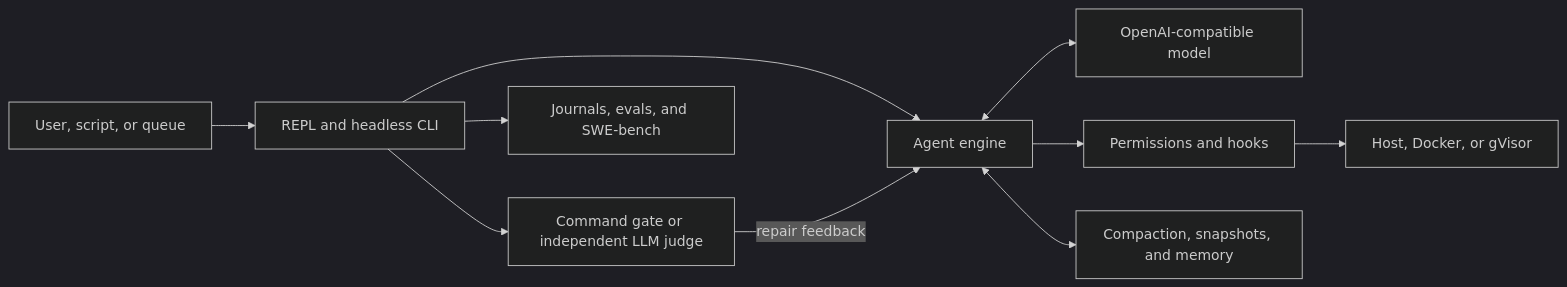
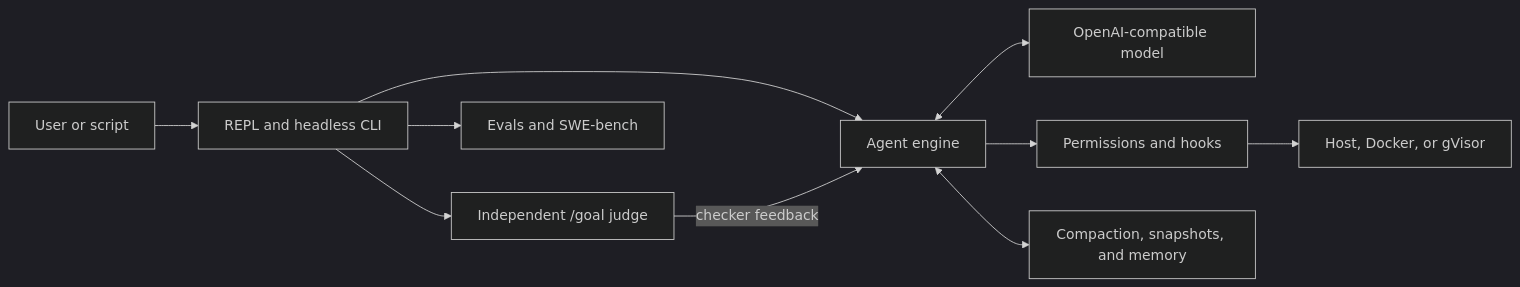
Before and after one commit to maisieyang/build-my-own-harness: the diagram in README.md, drawn with Mermaid (dark theme). The commit also changed other lines of this file and 58 other files, not shown here.

Commit message:
Simplify CLI and consolidate goal control

````diff
--- a/README.md
+++ b/README.md
@@ -64,12 +88,12 @@
 ```mermaid
 flowchart LR
-    U["User, script, or queue"] --> C["REPL and headless CLI"]
+    U["User or script"] --> C["REPL and headless CLI"]
     C --> E["Agent engine"]
     E <--> M["OpenAI-compatible model"]
     E --> P["Permissions and hooks"]
     P --> X["Host, Docker, or gVisor"]
     E <--> S["Compaction, snapshots, and memory"]
-    C --> V["Command gate or independent LLM judge"]
-    V -->|"repair feedback"| E
-    C --> O["Journals, evals, and SWE-bench"]
+    C --> V["Independent /goal judge"]
+    V -->|"checker feedback"| E
+    C --> O["Evals and SWE-bench"]
 ```
````
